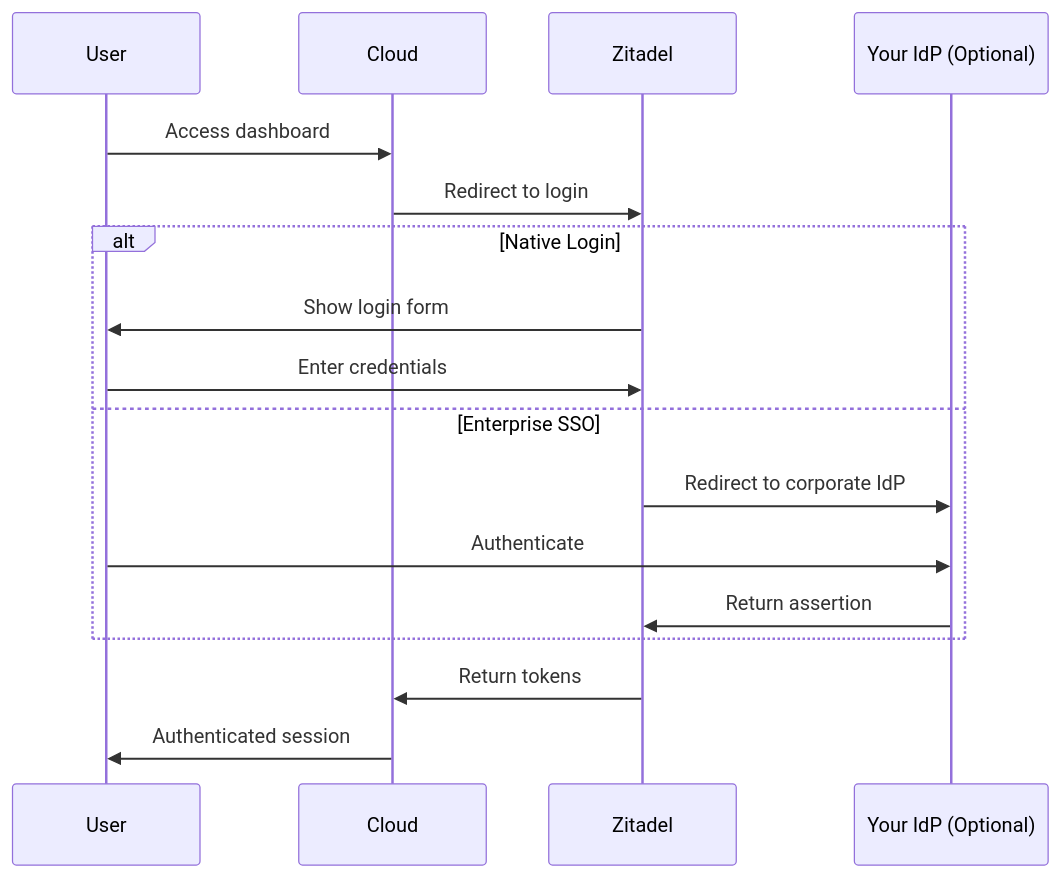
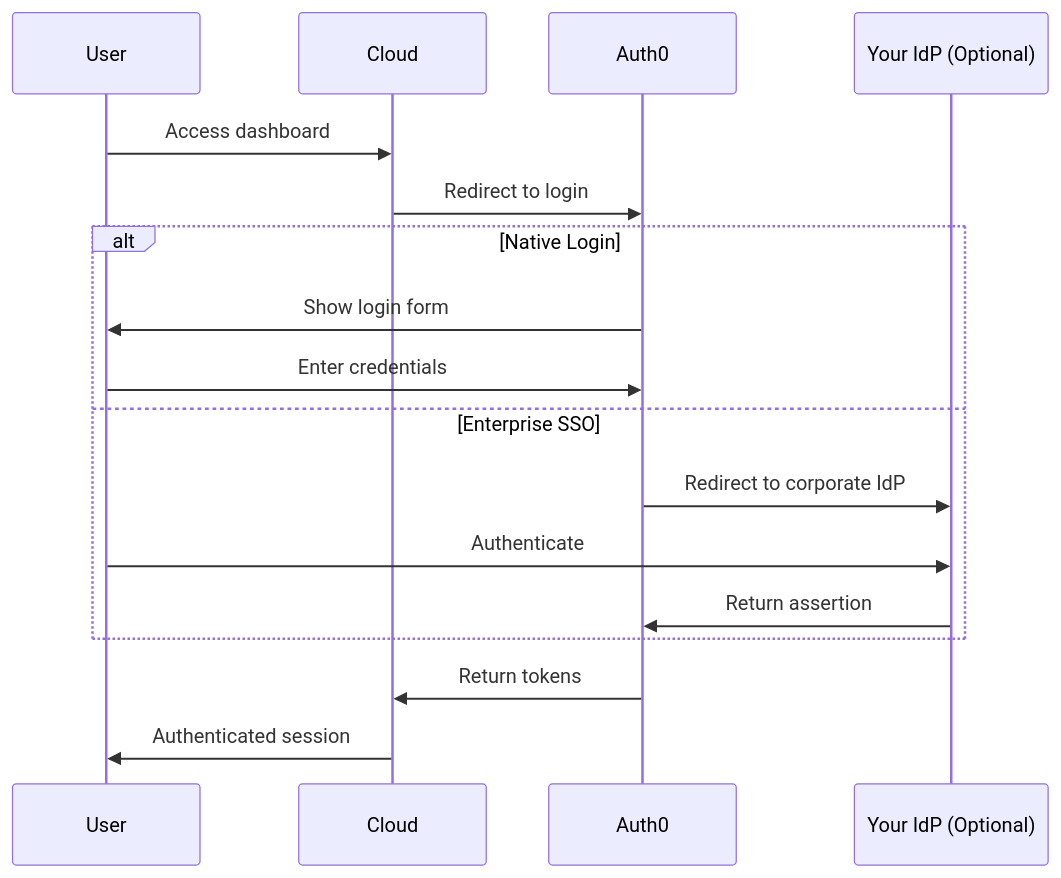
One commit to KombiverseLabs/docs changed the fourth of 4 diagrams in cloud/overview.mdx. Above: the diagram before and after it, drawn with Mermaid. The commit also changed other lines of this file and 18 other files, not shown here.

````diff
--- a/cloud/overview.mdx
+++ b/cloud/overview.mdx
@@ -225,22 +225,22 @@
 ```mermaid
 sequenceDiagram
     participant User
     participant Cloud
-    participant Zitadel
+    participant Auth0
     participant IdP as Your IdP (Optional)
     
     User->>Cloud: Access dashboard
-    Cloud->>Zitadel: Redirect to login
+    Cloud->>Auth0: Redirect to login
     
     alt Native Login
-        Zitadel->>User: Show login form
-        User->>Zitadel: Enter credentials
+        Auth0->>User: Show login form
+        User->>Auth0: Enter credentials
     else Enterprise SSO
-        Zitadel->>IdP: Redirect to corporate IdP
+        Auth0->>IdP: Redirect to corporate IdP
         User->>IdP: Authenticate
-        IdP->>Zitadel: Return assertion
+        IdP->>Auth0: Return assertion
     end
     
-    Zitadel->>Cloud: Return tokens
+    Auth0->>Cloud: Return tokens
     Cloud->>User: Authenticated session
 ```
````
